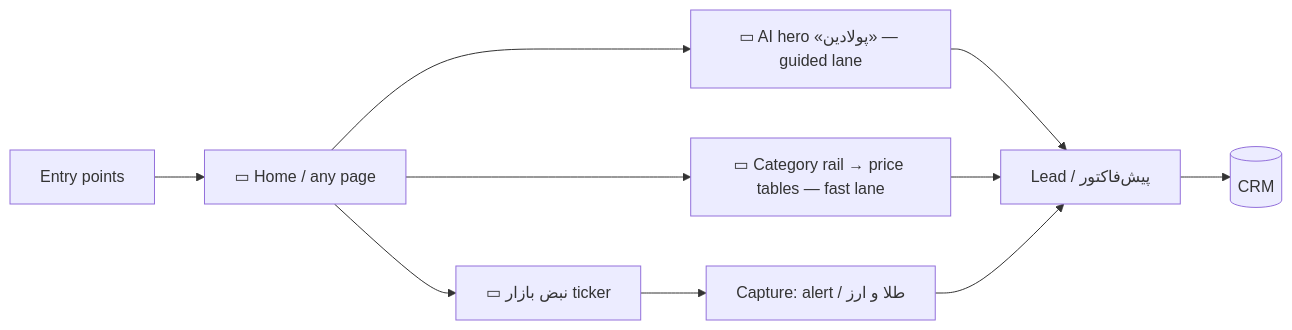
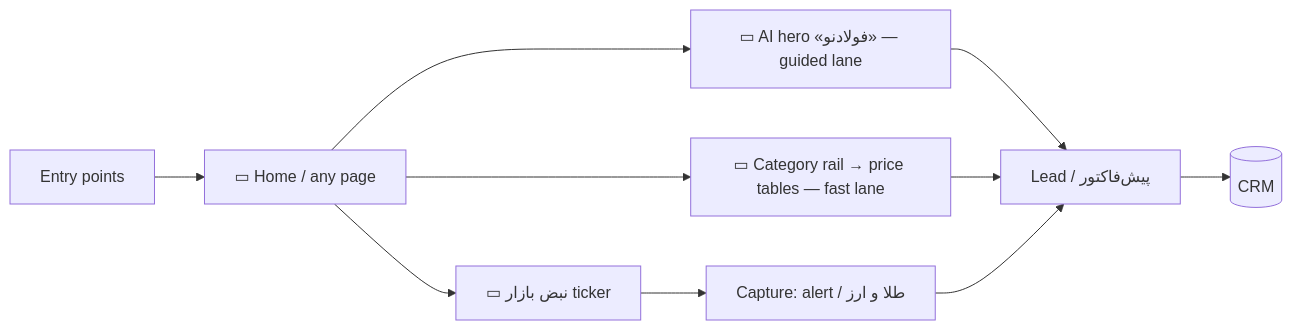
One commit to Am1eza/Iron changed the first of 9 diagrams in product/ux-flow.md. Above: the diagram before and after it, drawn with Mermaid. The commit also changed other lines of this file and 98 other files, not shown here.

````diff
--- a/product/ux-flow.md
+++ b/product/ux-flow.md
@@ -25,12 +25,12 @@
 ```mermaid
 flowchart LR
   E[Entry points] --> H[▭ Home / any page]
-  H --> AI[▭ AI hero «پولادین» — guided lane]
+  H --> AI[▭ AI hero «فولادنو» — guided lane]
   H --> RAIL[▭ Category rail → price tables — fast lane]
   H --> TICK[▭ نبض بازار ticker]
   AI --> LEAD[Lead / پیش‌فاکتور]
   RAIL --> LEAD
   TICK --> CAP[Capture: alert / طلا و ارز]
   LEAD --> CRM[(CRM)]
   CAP --> LEAD
 ```
````
